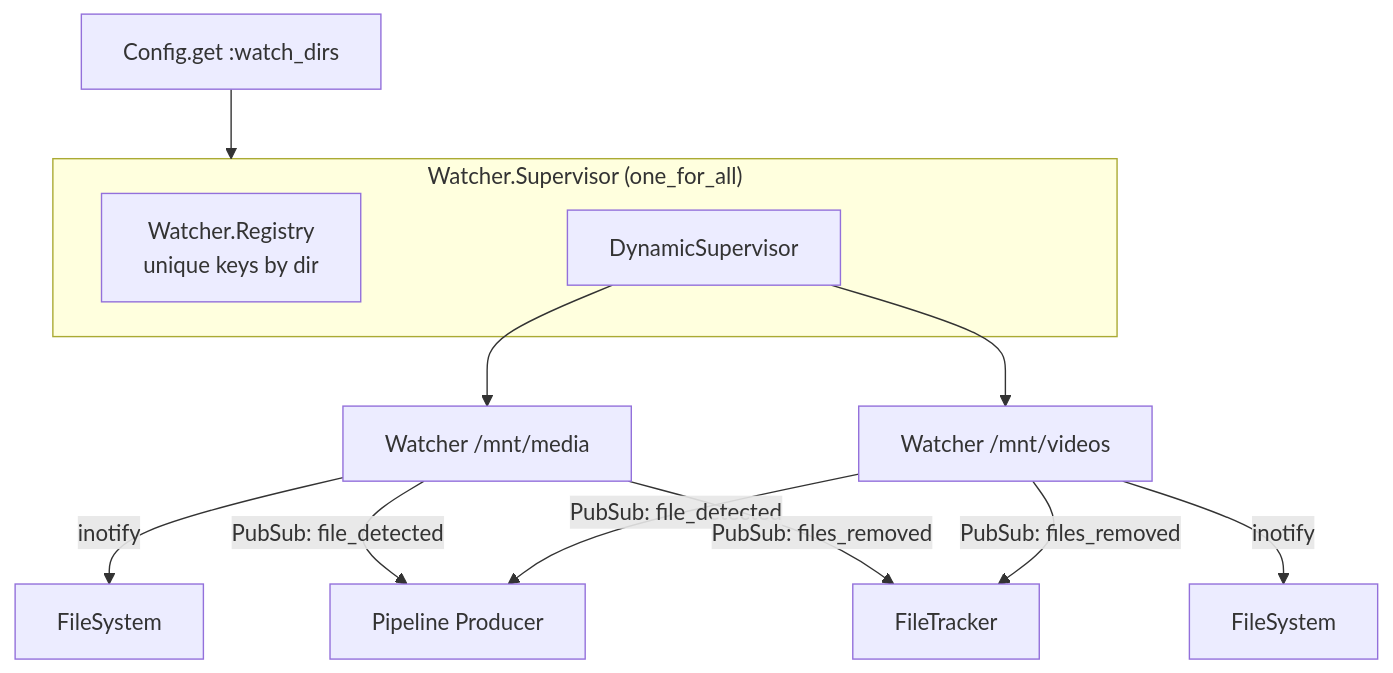
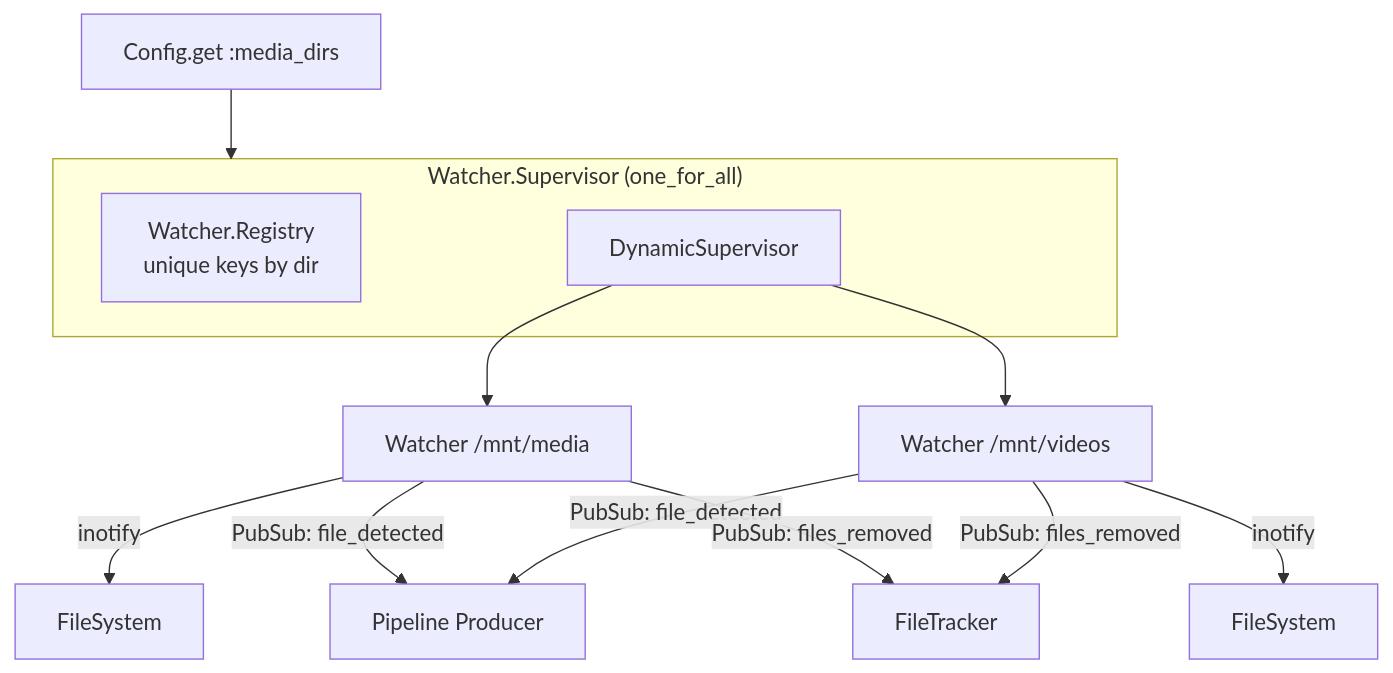
The first of 2 diagrams in docs/watcher.md (media-centaur/media-centaur), drawn with Mermaid before and after one commit. The commit also changed other lines of this file and 159 other files, not shown here.

First line of the commit message:
feat(config)!: rename watch directories to media directories

````diff
--- a/docs/watcher.md
+++ b/docs/watcher.md
@@ -16,20 +16,20 @@
 ```mermaid
 graph TD
-    Config[Config.get :watch_dirs] --> Sup
+    Config[Config.get :media_dirs] --> Sup
 
     subgraph Sup["Watcher.Supervisor (one_for_all)"]
         Registry[Watcher.Registry<br/>unique keys by dir]
         DynSup[DynamicSupervisor]
     end
 
     DynSup --> W1["Watcher /mnt/media"]
     DynSup --> W2["Watcher /mnt/videos"]
 
     W1 -->|inotify| FS1[FileSystem]
     W2 -->|inotify| FS2[FileSystem]
 
     W1 -->|"PubSub: file_detected"| Pipeline[Pipeline Producer]
     W2 -->|"PubSub: file_detected"| Pipeline
     W1 -->|"PubSub: files_removed"| FT[FileTracker]
     W2 -->|"PubSub: files_removed"| FT
 ```
````
